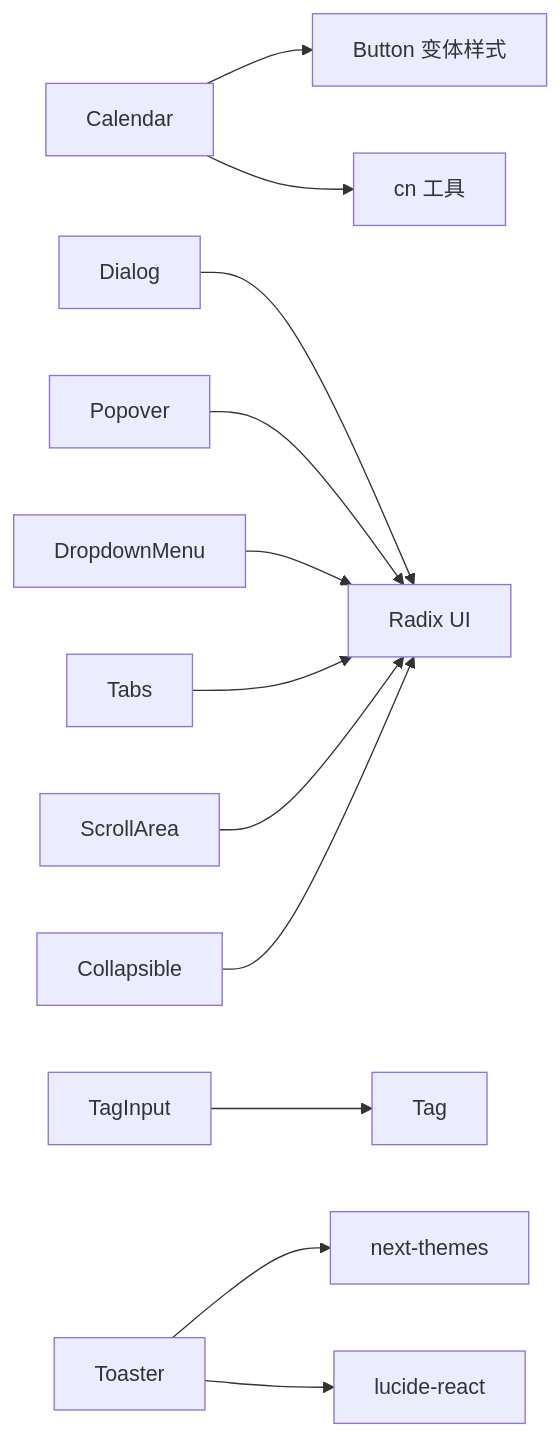
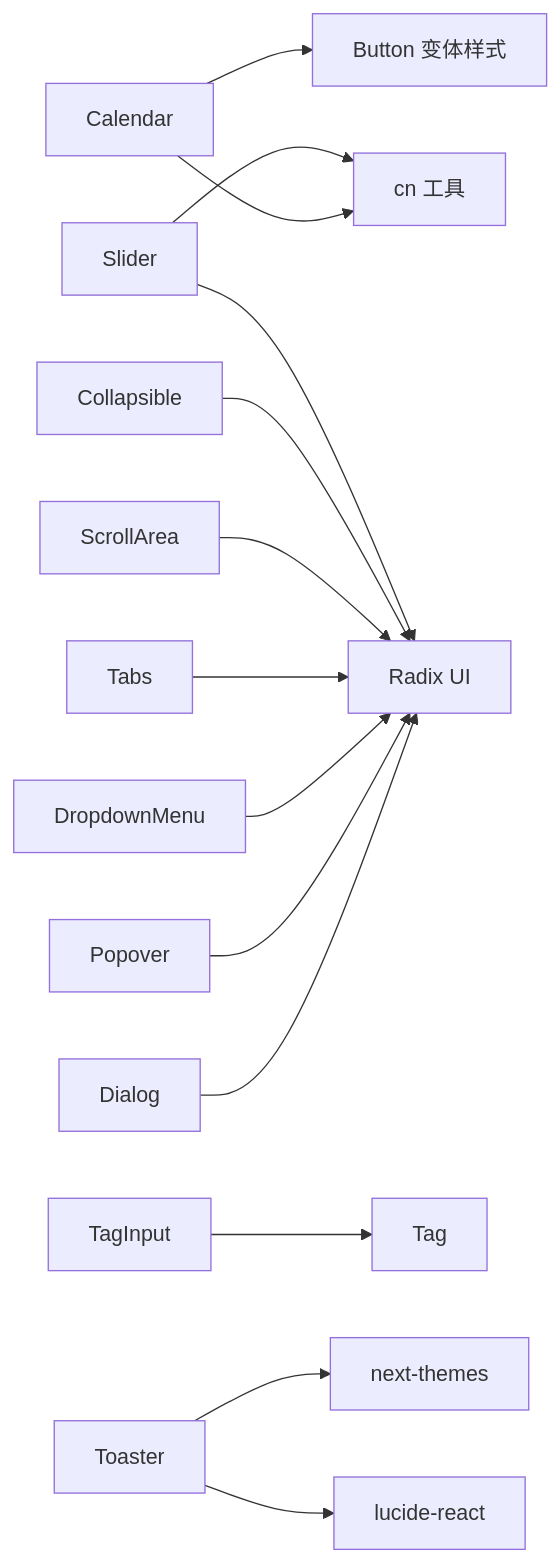
Before and after one commit to RadiumAg/image-saas: the seventh of 7 diagrams in .qoder/repowiki/zh/content/前端组件架构/UI 组件库/UI 组件库.md, drawn with Mermaid. The commit also changed other lines of this file and 6 other files, not shown here.

````diff
--- a/.qoder/repowiki/zh/content/前端组件架构/UI 组件库/UI 组件库.md
+++ b/.qoder/repowiki/zh/content/前端组件架构/UI 组件库/UI 组件库.md
@@ -592,14 +632,16 @@
 ```mermaid
 graph LR
 Calendar["Calendar"] --> Button["Button 变体样式"]
 Calendar --> cn["cn 工具"]
 Dialog["Dialog"] --> Radix["Radix UI"]
 Popover["Popover"] --> Radix
 Dropdown["DropdownMenu"] --> Radix
 Tabs["Tabs"] --> Radix
 Scroll["ScrollArea"] --> Radix
 Coll["Collapsible"] --> Radix
 TagInput["TagInput"] --> Tag["Tag"]
 Toaster["Toaster"] --> Theme["next-themes"]
 Toaster --> Icons["lucide-react"]
+Slider["Slider"] --> Radix
+Slider --> cn
 ```
````
